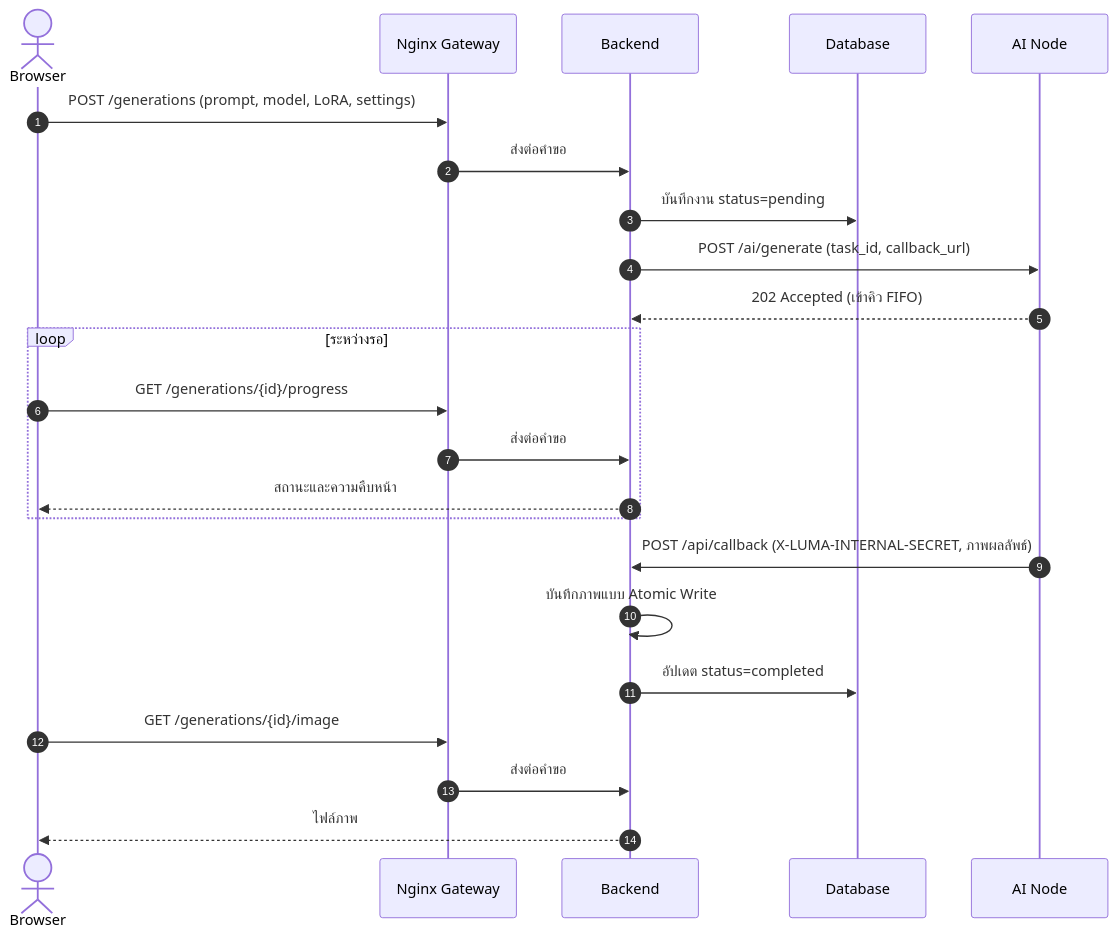
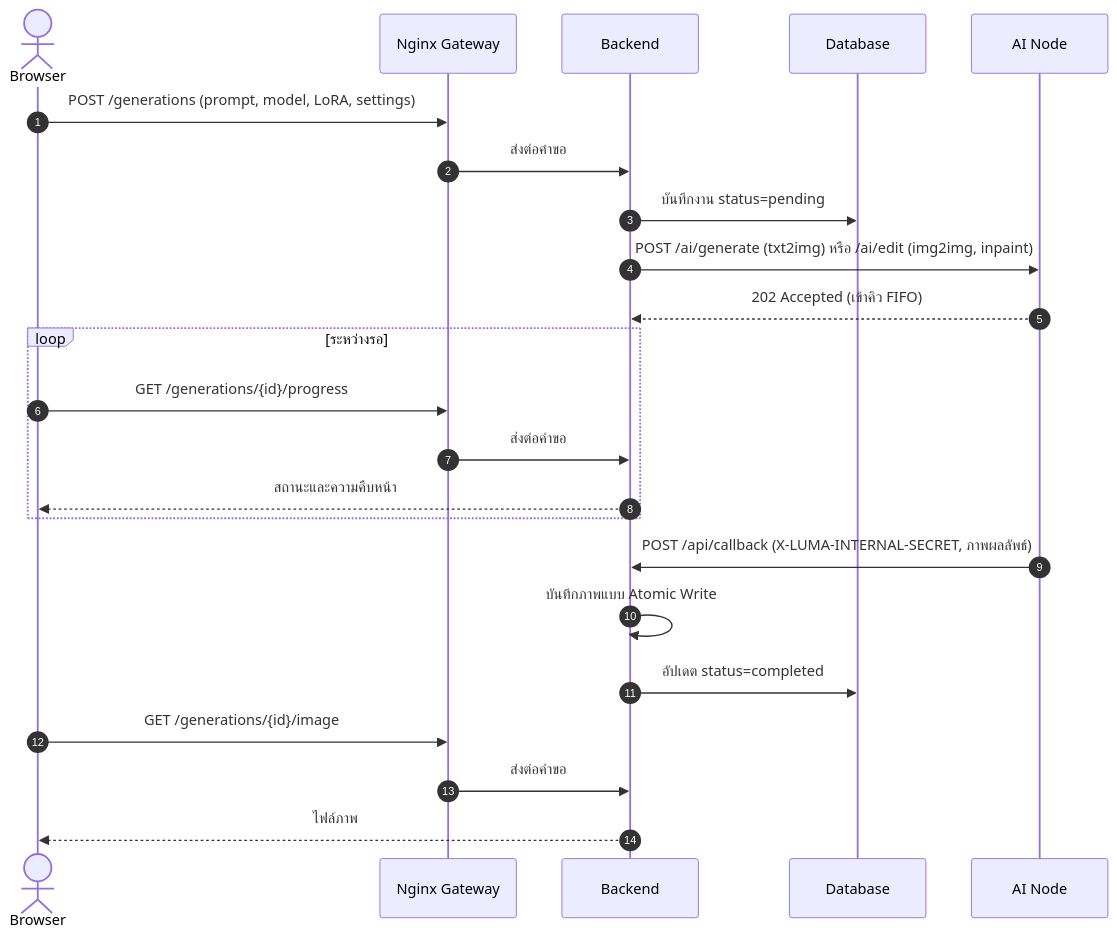
One commit to Pongkarm/Project_Luma_PKW changed the second of 3 diagrams in README.md. Above: the diagram before and after it, drawn with Mermaid. The commit also changed other lines of this file, not shown here.

````diff
--- a/README.md
+++ b/README.md
@@ -88,26 +88,26 @@
 ```mermaid
 sequenceDiagram
     autonumber
     actor U as Browser
     participant G as Nginx Gateway
     participant B as Backend
     participant D as Database
     participant A as AI Node
 
     U->>G: POST /generations (prompt, model, LoRA, settings)
     G->>B: ส่งต่อคำขอ
     B->>D: บันทึกงาน status=pending
-    B->>A: POST /ai/generate (task_id, callback_url)
+    B->>A: POST /ai/generate (txt2img) หรือ /ai/edit (img2img, inpaint)
     A-->>B: 202 Accepted (เข้าคิว FIFO)
     loop ระหว่างรอ
         U->>G: GET /generations/{id}/progress
         G->>B: ส่งต่อคำขอ
         B-->>U: สถานะและความคืบหน้า
     end
     A->>B: POST /api/callback (X-LUMA-INTERNAL-SECRET, ภาพผลลัพธ์)
     B->>B: บันทึกภาพแบบ Atomic Write
     B->>D: อัปเดต status=completed
     U->>G: GET /generations/{id}/image
     G->>B: ส่งต่อคำขอ
     B-->>U: ไฟล์ภาพ
 ```
````
